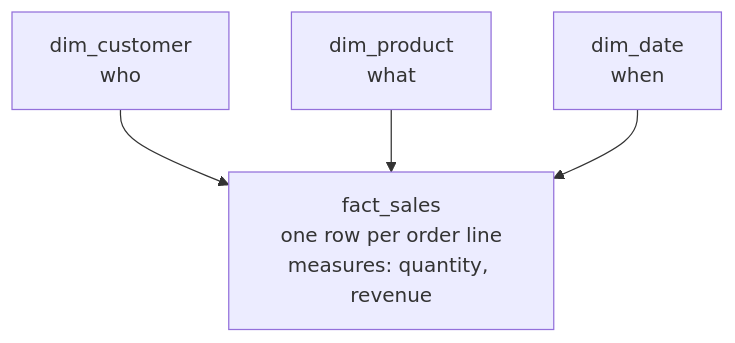
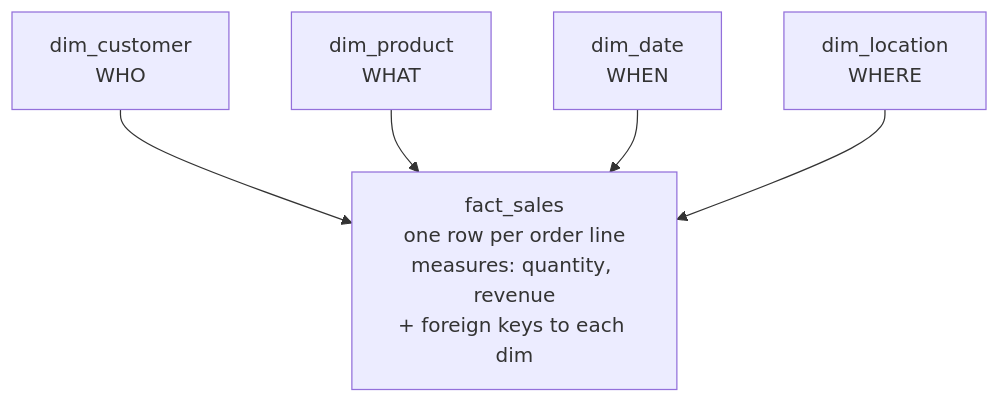
The diagram in training/docs/unit1/dimensional-modeling.md (maarthala/databrick-local-simulator), drawn with Mermaid before and after one commit. The commit also changed other lines of this file, not shown here.

````diff
--- a/training/docs/unit1/dimensional-modeling.md
+++ b/training/docs/unit1/dimensional-modeling.md
@@ -12,7 +52,8 @@
 ```mermaid
 flowchart TB
-  DC[dim_customer<br/>who]   --> F
-  DP[dim_product<br/>what]   --> F
-  DD[dim_date<br/>when]      --> F
-  F[fact_sales<br/>one row per order line<br/>measures: quantity, revenue]
+  DC[dim_customer<br/>WHO]   --> F
+  DP[dim_product<br/>WHAT]   --> F
+  DD[dim_date<br/>WHEN]      --> F
+  DL[dim_location<br/>WHERE] --> F
+  F[fact_sales<br/>one row per order line<br/>measures: quantity, revenue<br/>+ foreign keys to each dim]
 ```
````
